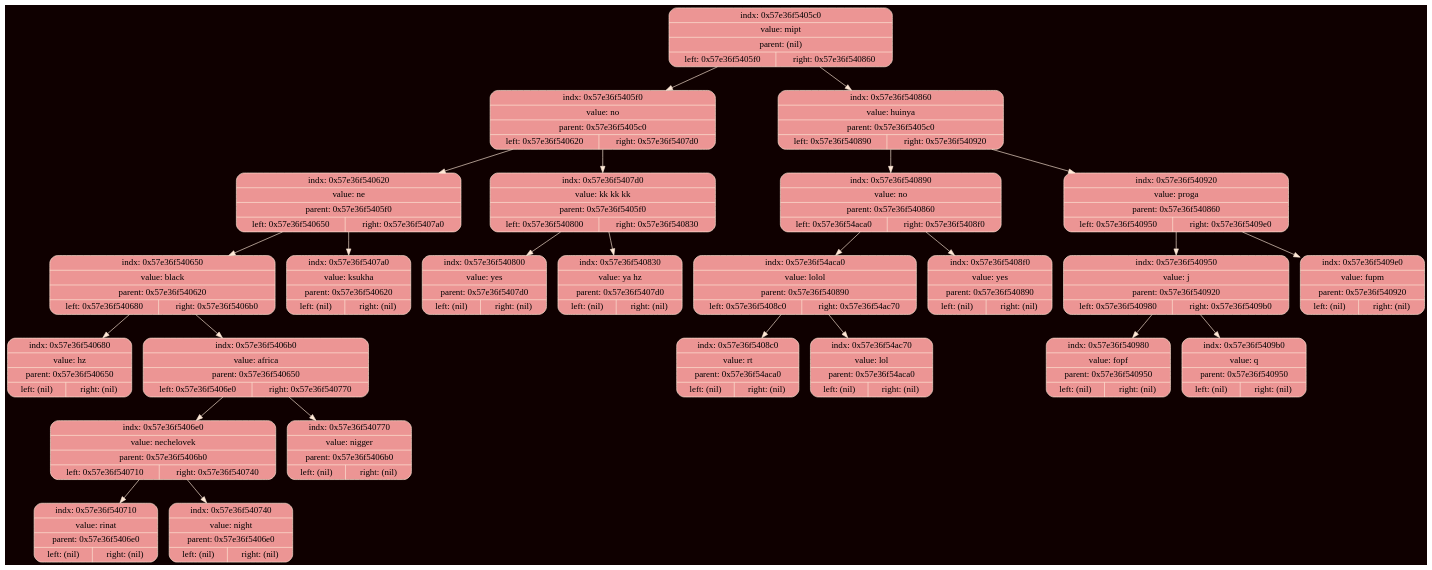
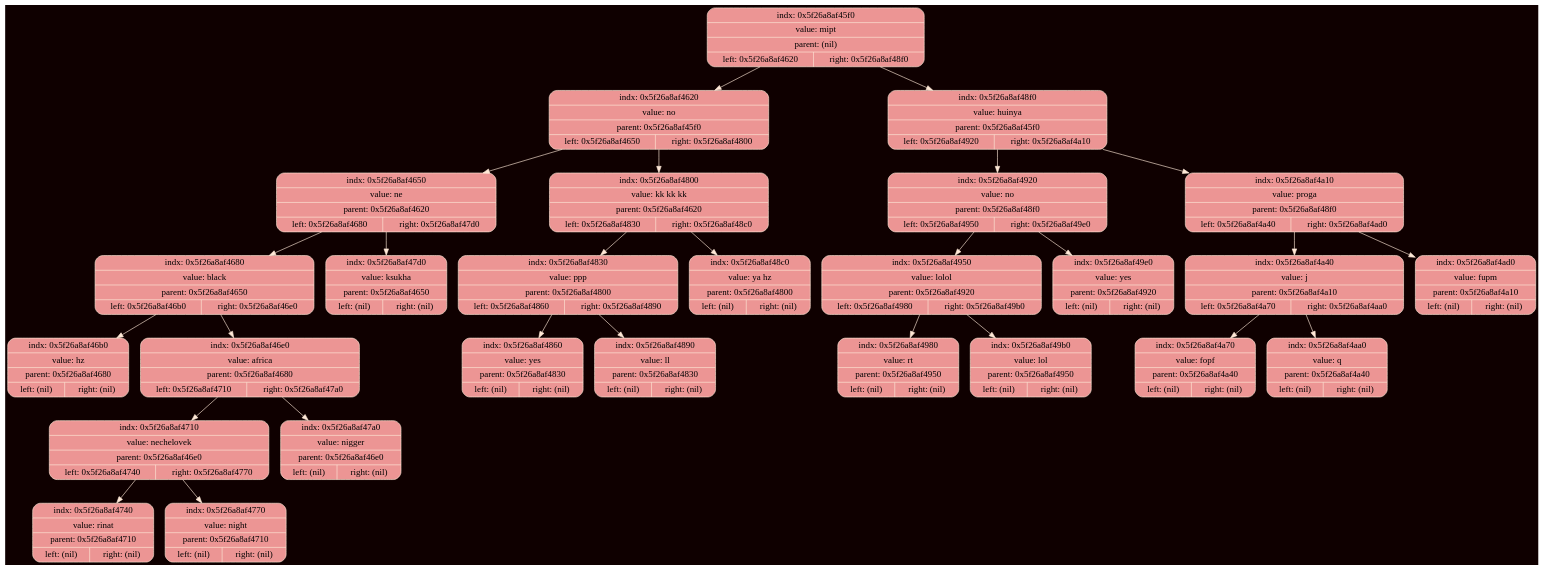
The diagram in debug/tree.dot (ksshkh/akinator), drawn with Graphviz before and after one commit. The commit also changed 5 other files, not shown here.

```diff
--- a/debug/tree.dot
+++ b/debug/tree.dot
@@ -1,55 +1,59 @@
 digraph Tree {
 	rankdir = TB;
 	node [shape = record];
 	edge [color = "#FEE8D6"];
 	bgcolor = "#0F0000";
-	node0x57e36f5405c0 [color = "#FEE8D6", shape = Mrecord, style = filled, fillcolor = "#EC9594", label = "{indx: 0x57e36f5405c0 | value: mipt | parent: (nil) | { left: 0x57e36f5405f0 | right: 0x57e36f540860}}"];
-		node0x57e36f5405c0 -> node0x57e36f5405f0
-	node0x57e36f5405f0 [color = "#FEE8D6", shape = Mrecord, style = filled, fillcolor = "#EC9594", label = "{indx: 0x57e36f5405f0 | value: no | parent: 0x57e36f5405c0 | { left: 0x57e36f540620 | right: 0x57e36f5407d0}}"];
-		node0x57e36f5405f0 -> node0x57e36f540620
-	node0x57e36f540620 [color = "#FEE8D6", shape = Mrecord, style = filled, fillcolor = "#EC9594", label = "{indx: 0x57e36f540620 | value: ne | parent: 0x57e36f5405f0 | { left: 0x57e36f540650 | right: 0x57e36f5407a0}}"];
-		node0x57e36f540620 -> node0x57e36f540650
-	node0x57e36f540650 [color = "#FEE8D6", shape = Mrecord, style = filled, fillcolor = "#EC9594", label = "{indx: 0x57e36f540650 | value: black | parent: 0x57e36f540620 | { left: 0x57e36f540680 | right: 0x57e36f5406b0}}"];
-		node0x57e36f540650 -> node0x57e36f540680
-	node0x57e36f540680 [color = "#FEE8D6", shape = Mrecord, style = filled, fillcolor = "#EC9594", label = "{indx: 0x57e36f540680 | value: hz | parent: 0x57e36f540650 | { left: (nil) | right: (nil)}}"];
-		node0x57e36f540650 -> node0x57e36f5406b0
-	node0x57e36f5406b0 [color = "#FEE8D6", shape = Mrecord, style = filled, fillcolor = "#EC9594", label = "{indx: 0x57e36f5406b0 | value: africa | parent: 0x57e36f540650 | { left: 0x57e36f5406e0 | right: 0x57e36f540770}}"];
-		node0x57e36f5406b0 -> node0x57e36f5406e0
-	node0x57e36f5406e0 [color = "#FEE8D6", shape = Mrecord, style = filled, fillcolor = "#EC9594", label = "{indx: 0x57e36f5406e0 | value: nechelovek | parent: 0x57e36f5406b0 | { left: 0x57e36f540710 | right: 0x57e36f540740}}"];
-		node0x57e36f5406e0 -> node0x57e36f540710
-	node0x57e36f540710 [color = "#FEE8D6", shape = Mrecord, style = filled, fillcolor = "#EC9594", label = "{indx: 0x57e36f540710 | value: rinat | parent: 0x57e36f5406e0 | { left: (nil) | right: (nil)}}"];
-		node0x57e36f5406e0 -> node0x57e36f540740
-	node0x57e36f540740 [color = "#FEE8D6", shape = Mrecord, style = filled, fillcolor = "#EC9594", label = "{indx: 0x57e36f540740 | value: night | parent: 0x57e36f5406e0 | { left: (nil) | right: (nil)}}"];
-		node0x57e36f5406b0 -> node0x57e36f540770
-	node0x57e36f540770 [color = "#FEE8D6", shape = Mrecord, style = filled, fillcolor = "#EC9594", label = "{indx: 0x57e36f540770 | value: nigger | parent: 0x57e36f5406b0 | { left: (nil) | right: (nil)}}"];
-		node0x57e36f540620 -> node0x57e36f5407a0
-	node0x57e36f5407a0 [color = "#FEE8D6", shape = Mrecord, style = filled, fillcolor = "#EC9594", label = "{indx: 0x57e36f5407a0 | value: ksukha | parent: 0x57e36f540620 | { left: (nil) | right: (nil)}}"];
-		node0x57e36f5405f0 -> node0x57e36f5407d0
-	node0x57e36f5407d0 [color = "#FEE8D6", shape = Mrecord, style = filled, fillcolor = "#EC9594", label = "{indx: 0x57e36f5407d0 | value: kk kk kk | parent: 0x57e36f5405f0 | { left: 0x57e36f540800 | right: 0x57e36f540830}}"];
-		node0x57e36f5407d0 -> node0x57e36f540800
-	node0x57e36f540800 [color = "#FEE8D6", shape = Mrecord, style = filled, fillcolor = "#EC9594", label = "{indx: 0x57e36f540800 | value: yes | parent: 0x57e36f5407d0 | { left: (nil) | right: (nil)}}"];
-		node0x57e36f5407d0 -> node0x57e36f540830
-	node0x57e36f540830 [color = "#FEE8D6", shape = Mrecord, style = filled, fillcolor = "#EC9594", label = "{indx: 0x57e36f540830 | value: ya hz | parent: 0x57e36f5407d0 | { left: (nil) | right: (nil)}}"];
-		node0x57e36f5405c0 -> node0x57e36f540860
-	node0x57e36f540860 [color = "#FEE8D6", shape = Mrecord, style = filled, fillcolor = "#EC9594", label = "{indx: 0x57e36f540860 | value: huinya | parent: 0x57e36f5405c0 | { left: 0x57e36f540890 | right: 0x57e36f540920}}"];
-		node0x57e36f540860 -> node0x57e36f540890
-	node0x57e36f540890 [color = "#FEE8D6", shape = Mrecord, style = filled, fillcolor = "#EC9594", label = "{indx: 0x57e36f540890 | value: no | parent: 0x57e36f540860 | { left: 0x57e36f54aca0 | right: 0x57e36f5408f0}}"];
-		node0x57e36f540890 -> node0x57e36f54aca0
-	node0x57e36f54aca0 [color = "#FEE8D6", shape = Mrecord, style = filled, fillcolor = "#EC9594", label = "{indx: 0x57e36f54aca0 | value: lolol | parent: 0x57e36f540890 | { left: 0x57e36f5408c0 | right: 0x57e36f54ac70}}"];
-		node0x57e36f54aca0 -> node0x57e36f5408c0
-	node0x57e36f5408c0 [color = "#FEE8D6", shape = Mrecord, style = filled, fillcolor = "#EC9594", label = "{indx: 0x57e36f5408c0 | value: rt | parent: 0x57e36f54aca0 | { left: (nil) | right: (nil)}}"];
-		node0x57e36f54aca0 -> node0x57e36f54ac70
-	node0x57e36f54ac70 [color = "#FEE8D6", shape = Mrecord, style = filled, fillcolor = "#EC9594", label = "{indx: 0x57e36f54ac70 | value: lol | parent: 0x57e36f54aca0 | { left: (nil) | right: (nil)}}"];
-		node0x57e36f540890 -> node0x57e36f5408f0
-	node0x57e36f5408f0 [color = "#FEE8D6", shape = Mrecord, style = filled, fillcolor = "#EC9594", label = "{indx: 0x57e36f5408f0 | value: yes | parent: 0x57e36f540890 | { left: (nil) | right: (nil)}}"];
-		node0x57e36f540860 -> node0x57e36f540920
-	node0x57e36f540920 [color = "#FEE8D6", shape = Mrecord, style = filled, fillcolor = "#EC9594", label = "{indx: 0x57e36f540920 | value: proga | parent: 0x57e36f540860 | { left: 0x57e36f540950 | right: 0x57e36f5409e0}}"];
-		node0x57e36f540920 -> node0x57e36f540950
-	node0x57e36f540950 [color = "#FEE8D6", shape = Mrecord, style = filled, fillcolor = "#EC9594", label = "{indx: 0x57e36f540950 | value: j | parent: 0x57e36f540920 | { left: 0x57e36f540980 | right: 0x57e36f5409b0}}"];
-		node0x57e36f540950 -> node0x57e36f540980
-	node0x57e36f540980 [color = "#FEE8D6", shape = Mrecord, style = filled, fillcolor = "#EC9594", label = "{indx: 0x57e36f540980 | value: fopf | parent: 0x57e36f540950 | { left: (nil) | right: (nil)}}"];
-		node0x57e36f540950 -> node0x57e36f5409b0
-	node0x57e36f5409b0 [color = "#FEE8D6", shape = Mrecord, style = filled, fillcolor = "#EC9594", label = "{indx: 0x57e36f5409b0 | value: q | parent: 0x57e36f540950 | { left: (nil) | right: (nil)}}"];
-		node0x57e36f540920 -> node0x57e36f5409e0
-	node0x57e36f5409e0 [color = "#FEE8D6", shape = Mrecord, style = filled, fillcolor = "#EC9594", label = "{indx: 0x57e36f5409e0 | value: fupm | parent: 0x57e36f540920 | { left: (nil) | right: (nil)}}"];
+	node0x5f26a8af45f0 [color = "#FEE8D6", shape = Mrecord, style = filled, fillcolor = "#EC9594", label = "{indx: 0x5f26a8af45f0 | value: mipt | parent: (nil) | { left: 0x5f26a8af4620 | right: 0x5f26a8af48f0}}"];
+		node0x5f26a8af45f0 -> node0x5f26a8af4620
+	node0x5f26a8af4620 [color = "#FEE8D6", shape = Mrecord, style = filled, fillcolor = "#EC9594", label = "{indx: 0x5f26a8af4620 | value: no | parent: 0x5f26a8af45f0 | { left: 0x5f26a8af4650 | right: 0x5f26a8af4800}}"];
+		node0x5f26a8af4620 -> node0x5f26a8af4650
+	node0x5f26a8af4650 [color = "#FEE8D6", shape = Mrecord, style = filled, fillcolor = "#EC9594", label = "{indx: 0x5f26a8af4650 | value: ne | parent: 0x5f26a8af4620 | { left: 0x5f26a8af4680 | right: 0x5f26a8af47d0}}"];
+		node0x5f26a8af4650 -> node0x5f26a8af4680
+	node0x5f26a8af4680 [color = "#FEE8D6", shape = Mrecord, style = filled, fillcolor = "#EC9594", label = "{indx: 0x5f26a8af4680 | value: black | parent: 0x5f26a8af4650 | { left: 0x5f26a8af46b0 | right: 0x5f26a8af46e0}}"];
+		node0x5f26a8af4680 -> node0x5f26a8af46b0
+	node0x5f26a8af46b0 [color = "#FEE8D6", shape = Mrecord, style = filled, fillcolor = "#EC9594", label = "{indx: 0x5f26a8af46b0 | value: hz | parent: 0x5f26a8af4680 | { left: (nil) | right: (nil)}}"];
+		node0x5f26a8af4680 -> node0x5f26a8af46e0
+	node0x5f26a8af46e0 [color = "#FEE8D6", shape = Mrecord, style = filled, fillcolor = "#EC9594", label = "{indx: 0x5f26a8af46e0 | value: africa | parent: 0x5f26a8af4680 | { left: 0x5f26a8af4710 | right: 0x5f26a8af47a0}}"];
+		node0x5f26a8af46e0 -> node0x5f26a8af4710
+	node0x5f26a8af4710 [color = "#FEE8D6", shape = Mrecord, style = filled, fillcolor = "#EC9594", label = "{indx: 0x5f26a8af4710 | value: nechelovek | parent: 0x5f26a8af46e0 | { left: 0x5f26a8af4740 | right: 0x5f26a8af4770}}"];
+		node0x5f26a8af4710 -> node0x5f26a8af4740
+	node0x5f26a8af4740 [color = "#FEE8D6", shape = Mrecord, style = filled, fillcolor = "#EC9594", label = "{indx: 0x5f26a8af4740 | value: rinat | parent: 0x5f26a8af4710 | { left: (nil) | right: (nil)}}"];
+		node0x5f26a8af4710 -> node0x5f26a8af4770
+	node0x5f26a8af4770 [color = "#FEE8D6", shape = Mrecord, style = filled, fillcolor = "#EC9594", label = "{indx: 0x5f26a8af4770 | value: night | parent: 0x5f26a8af4710 | { left: (nil) | right: (nil)}}"];
+		node0x5f26a8af46e0 -> node0x5f26a8af47a0
+	node0x5f26a8af47a0 [color = "#FEE8D6", shape = Mrecord, style = filled, fillcolor = "#EC9594", label = "{indx: 0x5f26a8af47a0 | value: nigger | parent: 0x5f26a8af46e0 | { left: (nil) | right: (nil)}}"];
+		node0x5f26a8af4650 -> node0x5f26a8af47d0
+	node0x5f26a8af47d0 [color = "#FEE8D6", shape = Mrecord, style = filled, fillcolor = "#EC9594", label = "{indx: 0x5f26a8af47d0 | value: ksukha | parent: 0x5f26a8af4650 | { left: (nil) | right: (nil)}}"];
+		node0x5f26a8af4620 -> node0x5f26a8af4800
+	node0x5f26a8af4800 [color = "#FEE8D6", shape = Mrecord, style = filled, fillcolor = "#EC9594", label = "{indx: 0x5f26a8af4800 | value: kk kk kk | parent: 0x5f26a8af4620 | { left: 0x5f26a8af4830 | right: 0x5f26a8af48c0}}"];
+		node0x5f26a8af4800 -> node0x5f26a8af4830
+	node0x5f26a8af4830 [color = "#FEE8D6", shape = Mrecord, style = filled, fillcolor = "#EC9594", label = "{indx: 0x5f26a8af4830 | value: ppp | parent: 0x5f26a8af4800 | { left: 0x5f26a8af4860 | right: 0x5f26a8af4890}}"];
+		node0x5f26a8af4830 -> node0x5f26a8af4860
+	node0x5f26a8af4860 [color = "#FEE8D6", shape = Mrecord, style = filled, fillcolor = "#EC9594", label = "{indx: 0x5f26a8af4860 | value: yes | parent: 0x5f26a8af4830 | { left: (nil) | right: (nil)}}"];
+		node0x5f26a8af4830 -> node0x5f26a8af4890
+	node0x5f26a8af4890 [color = "#FEE8D6", shape = Mrecord, style = filled, fillcolor = "#EC9594", label = "{indx: 0x5f26a8af4890 | value: ll | parent: 0x5f26a8af4830 | { left: (nil) | right: (nil)}}"];
+		node0x5f26a8af4800 -> node0x5f26a8af48c0
+	node0x5f26a8af48c0 [color = "#FEE8D6", shape = Mrecord, style = filled, fillcolor = "#EC9594", label = "{indx: 0x5f26a8af48c0 | value: ya hz | parent: 0x5f26a8af4800 | { left: (nil) | right: (nil)}}"];
+		node0x5f26a8af45f0 -> node0x5f26a8af48f0
+	node0x5f26a8af48f0 [color = "#FEE8D6", shape = Mrecord, style = filled, fillcolor = "#EC9594", label = "{indx: 0x5f26a8af48f0 | value: huinya | parent: 0x5f26a8af45f0 | { left: 0x5f26a8af4920 | right: 0x5f26a8af4a10}}"];
+		node0x5f26a8af48f0 -> node0x5f26a8af4920
+	node0x5f26a8af4920 [color = "#FEE8D6", shape = Mrecord, style = filled, fillcolor = "#EC9594", label = "{indx: 0x5f26a8af4920 | value: no | parent: 0x5f26a8af48f0 | { left: 0x5f26a8af4950 | right: 0x5f26a8af49e0}}"];
+		node0x5f26a8af4920 -> node0x5f26a8af4950
+	node0x5f26a8af4950 [color = "#FEE8D6", shape = Mrecord, style = filled, fillcolor = "#EC9594", label = "{indx: 0x5f26a8af4950 | value: lolol | parent: 0x5f26a8af4920 | { left: 0x5f26a8af4980 | right: 0x5f26a8af49b0}}"];
+		node0x5f26a8af4950 -> node0x5f26a8af4980
+	node0x5f26a8af4980 [color = "#FEE8D6", shape = Mrecord, style = filled, fillcolor = "#EC9594", label = "{indx: 0x5f26a8af4980 | value: rt | parent: 0x5f26a8af4950 | { left: (nil) | right: (nil)}}"];
+		node0x5f26a8af4950 -> node0x5f26a8af49b0
+	node0x5f26a8af49b0 [color = "#FEE8D6", shape = Mrecord, style = filled, fillcolor = "#EC9594", label = "{indx: 0x5f26a8af49b0 | value: lol | parent: 0x5f26a8af4950 | { left: (nil) | right: (nil)}}"];
+		node0x5f26a8af4920 -> node0x5f26a8af49e0
+	node0x5f26a8af49e0 [color = "#FEE8D6", shape = Mrecord, style = filled, fillcolor = "#EC9594", label = "{indx: 0x5f26a8af49e0 | value: yes | parent: 0x5f26a8af4920 | { left: (nil) | right: (nil)}}"];
+		node0x5f26a8af48f0 -> node0x5f26a8af4a10
+	node0x5f26a8af4a10 [color = "#FEE8D6", shape = Mrecord, style = filled, fillcolor = "#EC9594", label = "{indx: 0x5f26a8af4a10 | value: proga | parent: 0x5f26a8af48f0 | { left: 0x5f26a8af4a40 | right: 0x5f26a8af4ad0}}"];
+		node0x5f26a8af4a10 -> node0x5f26a8af4a40
+	node0x5f26a8af4a40 [color = "#FEE8D6", shape = Mrecord, style = filled, fillcolor = "#EC9594", label = "{indx: 0x5f26a8af4a40 | value: j | parent: 0x5f26a8af4a10 | { left: 0x5f26a8af4a70 | right: 0x5f26a8af4aa0}}"];
+		node0x5f26a8af4a40 -> node0x5f26a8af4a70
+	node0x5f26a8af4a70 [color = "#FEE8D6", shape = Mrecord, style = filled, fillcolor = "#EC9594", label = "{indx: 0x5f26a8af4a70 | value: fopf | parent: 0x5f26a8af4a40 | { left: (nil) | right: (nil)}}"];
+		node0x5f26a8af4a40 -> node0x5f26a8af4aa0
+	node0x5f26a8af4aa0 [color = "#FEE8D6", shape = Mrecord, style = filled, fillcolor = "#EC9594", label = "{indx: 0x5f26a8af4aa0 | value: q | parent: 0x5f26a8af4a40 | { left: (nil) | right: (nil)}}"];
+		node0x5f26a8af4a10 -> node0x5f26a8af4ad0
+	node0x5f26a8af4ad0 [color = "#FEE8D6", shape = Mrecord, style = filled, fillcolor = "#EC9594", label = "{indx: 0x5f26a8af4ad0 | value: fupm | parent: 0x5f26a8af4a10 | { left: (nil) | right: (nil)}}"];
 }
```
